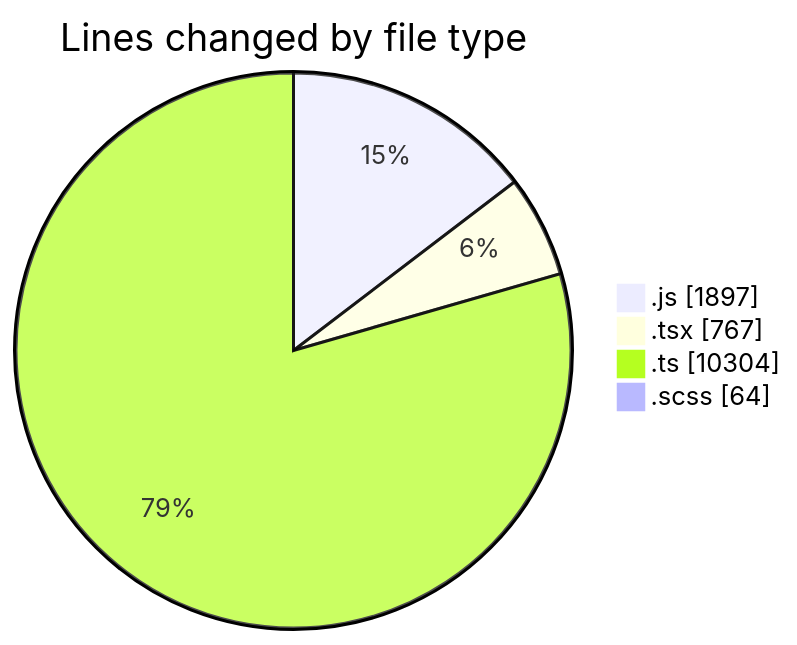
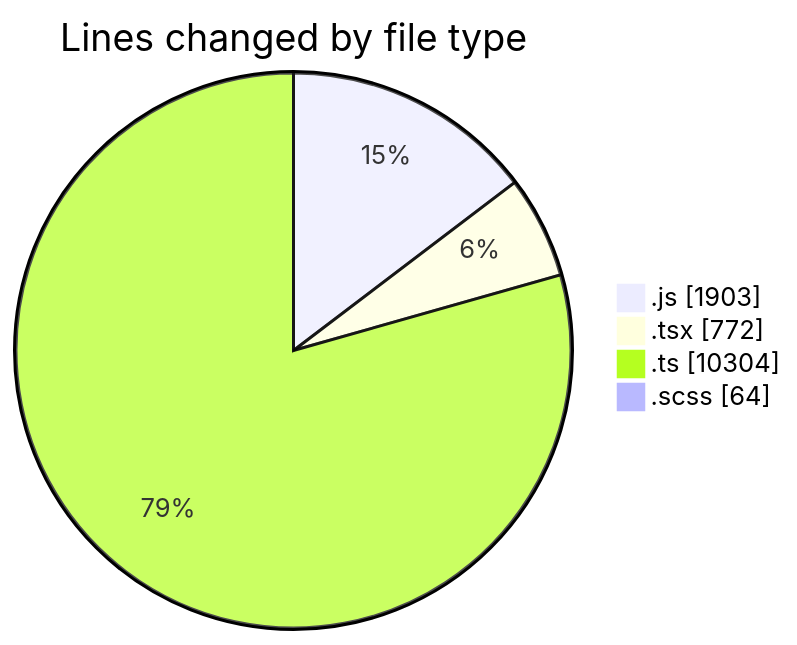
One commit to momahboobian/code-tracking changed the first of 2 diagrams in 2025-03-13/cda/README.md. Above: the diagram before and after it, drawn with Mermaid. The commit also changed other lines of this file and 1 other file, not shown here.

````diff
--- a/2025-03-13/cda/README.md
+++ b/2025-03-13/cda/README.md
@@ -33,8 +33,8 @@
 ```mermaid
 pie showData
 title Lines changed by file type
-".js" : 1897
-".tsx" : 767
+".js" : 1903
+".tsx" : 772
 ".ts" : 10304
 ".scss" : 64
 ```
````
